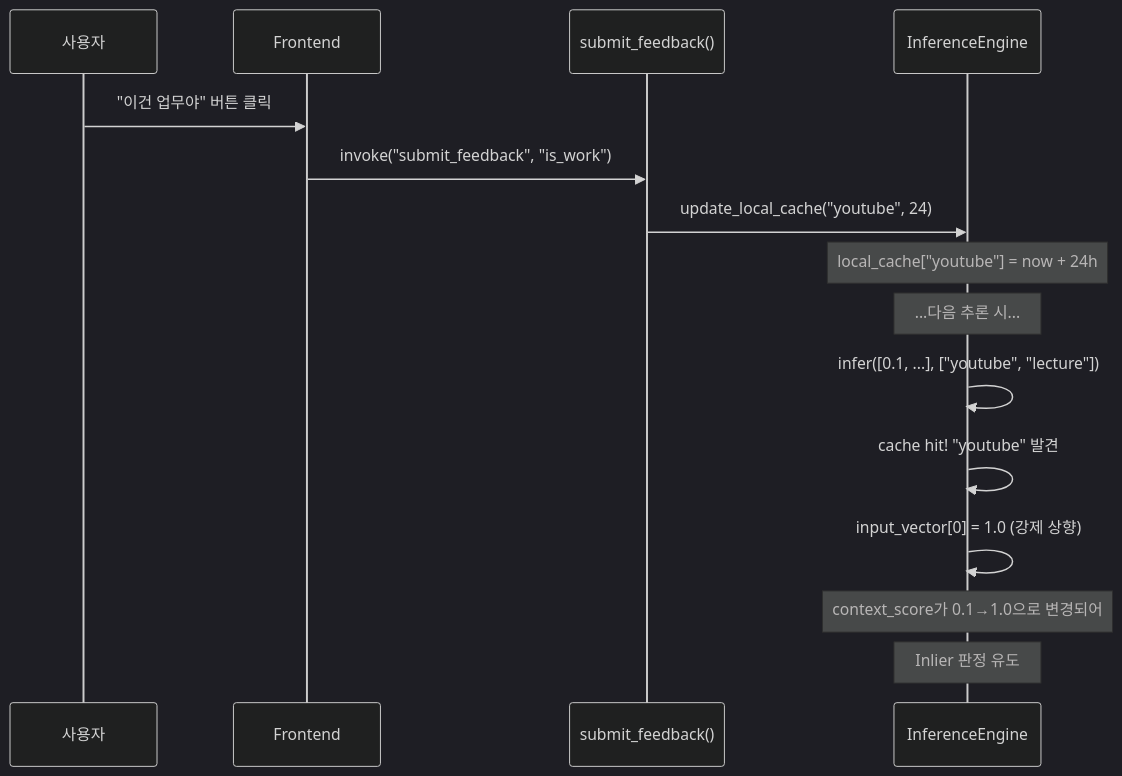
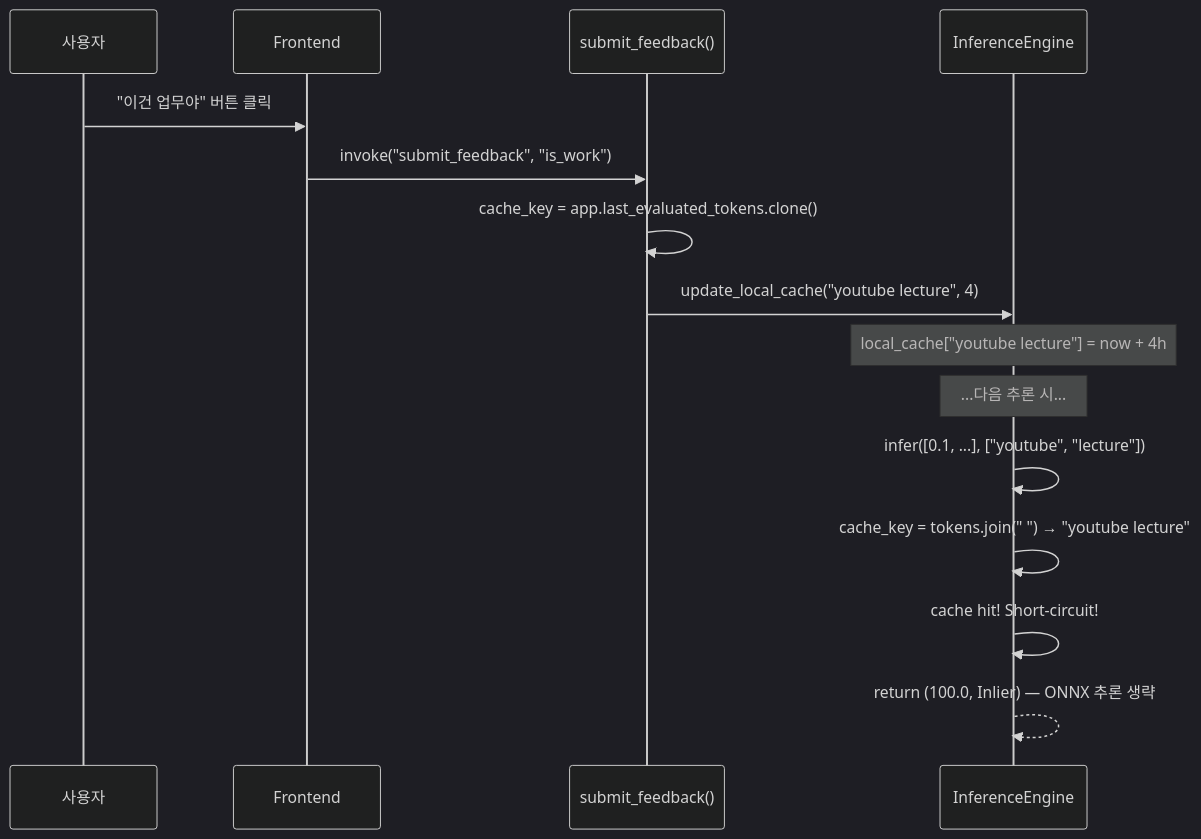
Before and after one commit to igoobo/Force-Focus: the third of 5 diagrams in desktop-agent/docs/02-backend/ai.md, drawn with Mermaid (dark theme). The commit also changed other lines of this file and 13 other files, not shown here.

Commit message:
docs: sync documentation with Workspace Snapshot & Local Cache changes

````diff
--- a/desktop-agent/docs/02-backend/ai.md
+++ b/desktop-agent/docs/02-backend/ai.md
@@ -148,19 +146,19 @@
 ```mermaid
 sequenceDiagram
     participant U as 사용자
     participant FE as Frontend
     participant BE as submit_feedback()
     participant IE as InferenceEngine
 
     U->>FE: "이건 업무야" 버튼 클릭
     FE->>BE: invoke("submit_feedback", "is_work")
-    BE->>IE: update_local_cache("youtube", 24)
-    Note over IE: local_cache["youtube"] = now + 24h
+    BE->>BE: cache_key = app.last_evaluated_tokens.clone()
+    BE->>IE: update_local_cache("youtube lecture", 4)
+    Note over IE: local_cache["youtube lecture"] = now + 4h
 
     Note over IE: ...다음 추론 시...
     IE->>IE: infer([0.1, ...], ["youtube", "lecture"])
-    IE->>IE: cache hit! "youtube" 발견
-    IE->>IE: input_vector[0] = 1.0 (강제 상향)
-    Note over IE: context_score가 0.1→1.0으로 변경되어
-    Note over IE: Inlier 판정 유도
+    IE->>IE: cache_key = tokens.join(" ") → "youtube lecture"
+    IE->>IE: cache hit! Short-circuit!
+    IE-->>IE: return (100.0, Inlier) — ONNX 추론 생략
 ```
````
